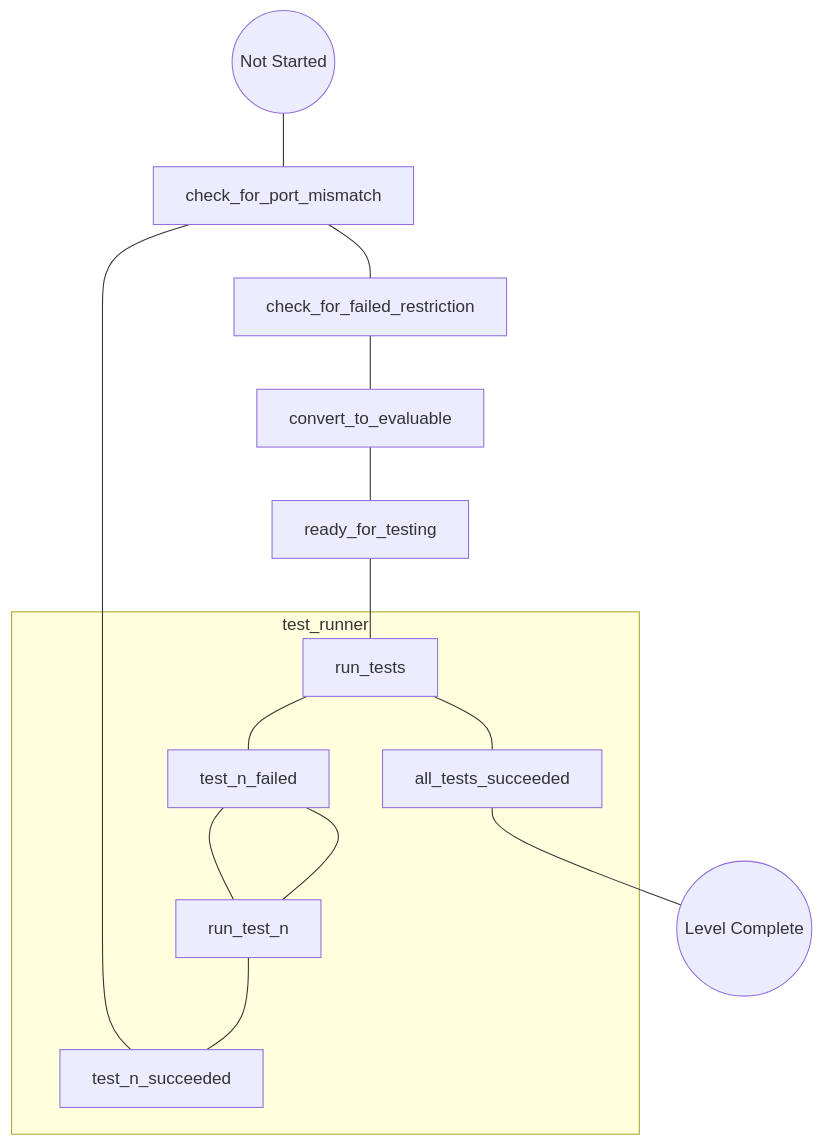
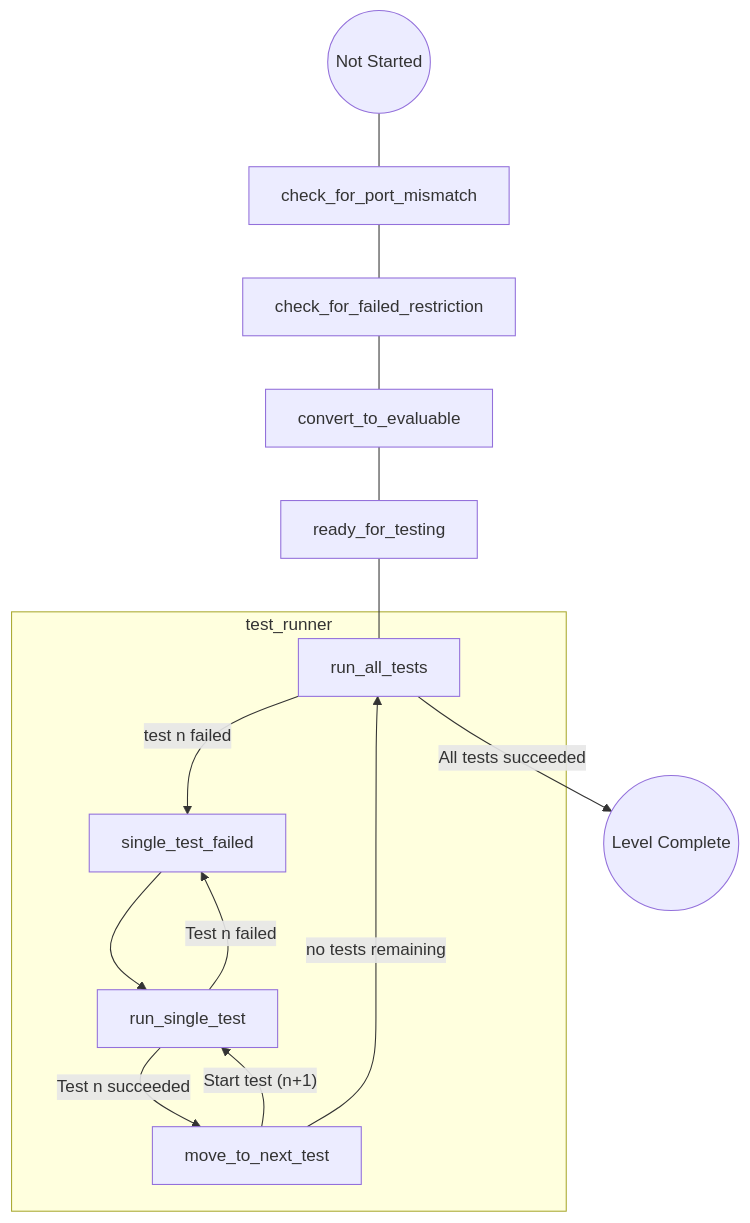
The diagram in docs/test_runner.md (MitchStevens/abed-ps), drawn with Mermaid before and after one commit. The commit also changed 31 other files, not shown here.

Commit message:
test runner still very buggy but able to run tests

````diff
--- a/docs/test_runner.md
+++ b/docs/test_runner.md
@@ -2,45 +2,38 @@
 ```mermaid
 flowchart TD
   not_started((Not Started))
 
   check_for_port_mismatch
   check_for_failed_restriction
   convert_to_evaluable
 
   ready_for_testing
 
-
-
-
   level_complete((Level Complete))
 
 
   not_started --- check_for_port_mismatch
-  test_n_succeeded --- check_for_port_mismatch
   check_for_port_mismatch --- check_for_failed_restriction
   check_for_failed_restriction --- convert_to_evaluable
   convert_to_evaluable --- ready_for_testing
-  ready_for_testing --- run_tests
-
-
-
+  ready_for_testing --- run_all_tests
 
 
   subgraph test_runner
-    run_tests
-    all_tests_succeeded
-    test_n_failed
-    test_n_succeeded
-    run_test_n
+    run_all_tests
+    run_single_test
+    single_test_failed
+    move_to_next_test
 
-    run_tests --- test_n_failed
-    run_tests --- all_tests_succeeded
-    test_n_failed --- run_test_n
-    run_test_n --- test_n_failed
-    run_test_n --- test_n_succeeded
+    run_all_tests -- test n failed --> single_test_failed
+    single_test_failed --> run_single_test
+    run_single_test -- Test n failed --> single_test_failed
+    run_single_test -- Test n succeeded --> move_to_next_test
+    move_to_next_test --  Start test (n+1) --> run_single_test
+    move_to_next_test -- no tests remaining --> run_all_tests
 
 
 
   end
-    all_tests_succeeded --- level_complete
+  run_all_tests -- All tests succeeded --> level_complete
 ```
````
